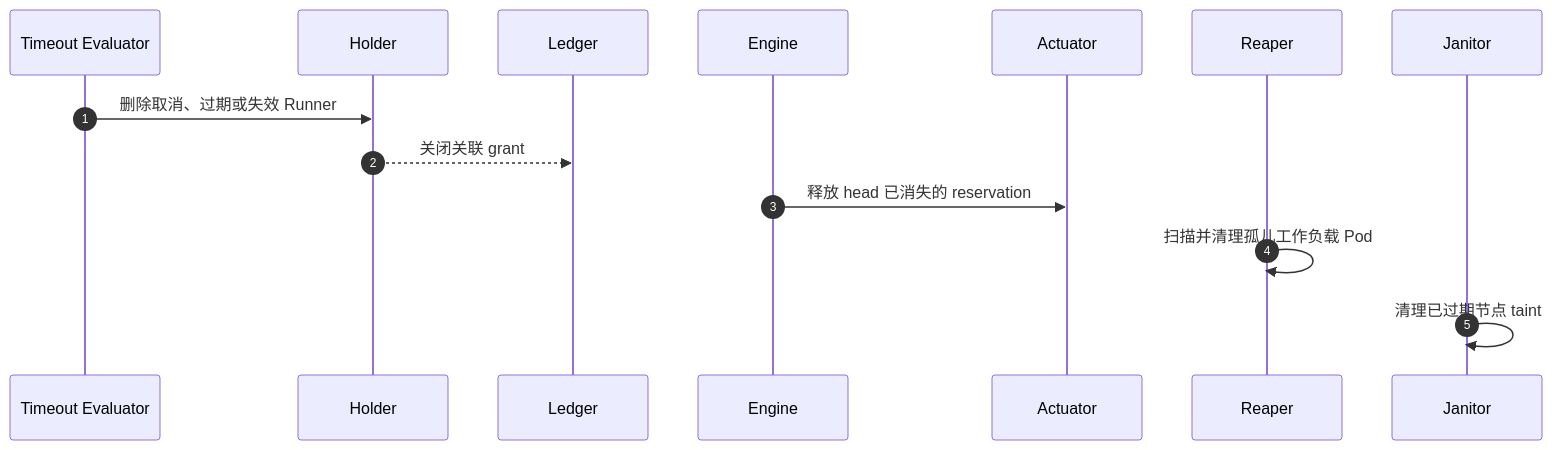
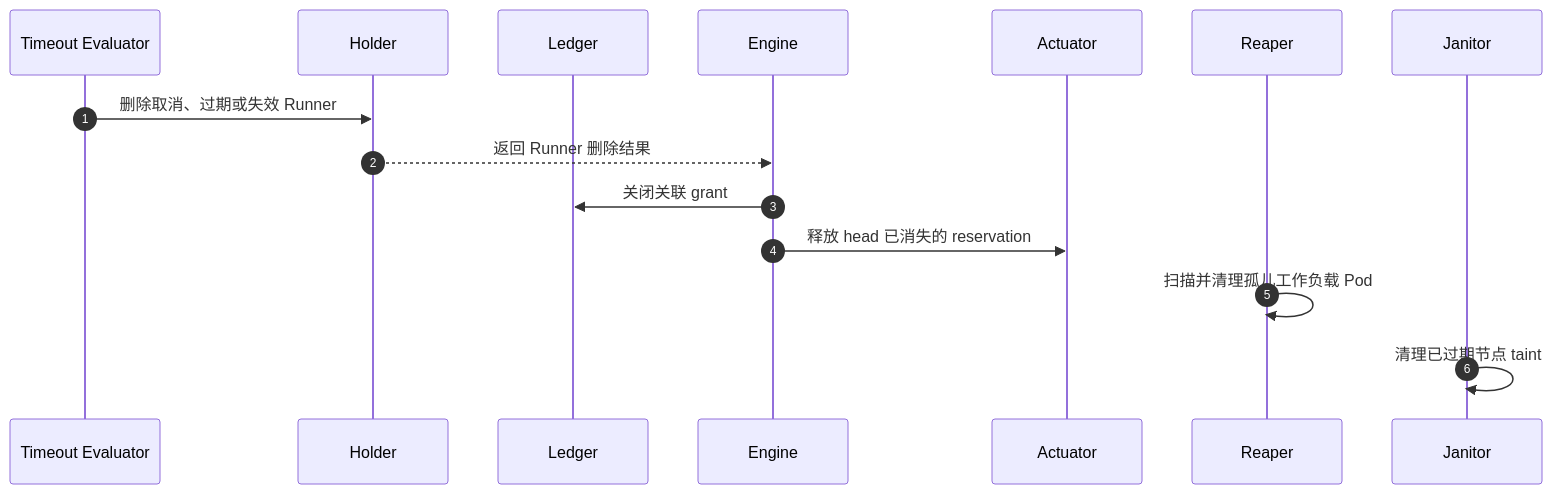
The tenth of 13 diagrams in docs/KARMADA-ARC-SUBSYSTEM-DESIGN.md (pkking/arc-karmada-test), drawn with Mermaid before and after one commit. The commit also changed other lines of this file, not shown here.

````diff
--- a/docs/KARMADA-ARC-SUBSYSTEM-DESIGN.md
+++ b/docs/KARMADA-ARC-SUBSYSTEM-DESIGN.md
@@ -700,16 +707,17 @@
 ```mermaid
 sequenceDiagram
     autonumber
     participant TE as Timeout Evaluator
     participant H as Holder
     participant LED as Ledger
     participant ENG as Engine
     participant ACT as Actuator
     participant REP as Reaper
     participant JAN as Janitor
     TE->>H: 删除取消、过期或失效 Runner
-    H-->>LED: 关闭关联 grant
+    H-->>ENG: 返回 Runner 删除结果
+    ENG->>LED: 关闭关联 grant
     ENG->>ACT: 释放 head 已消失的 reservation
     REP->>REP: 扫描并清理孤儿工作负载 Pod
     JAN->>JAN: 清理已过期节点 taint
 ```
````
